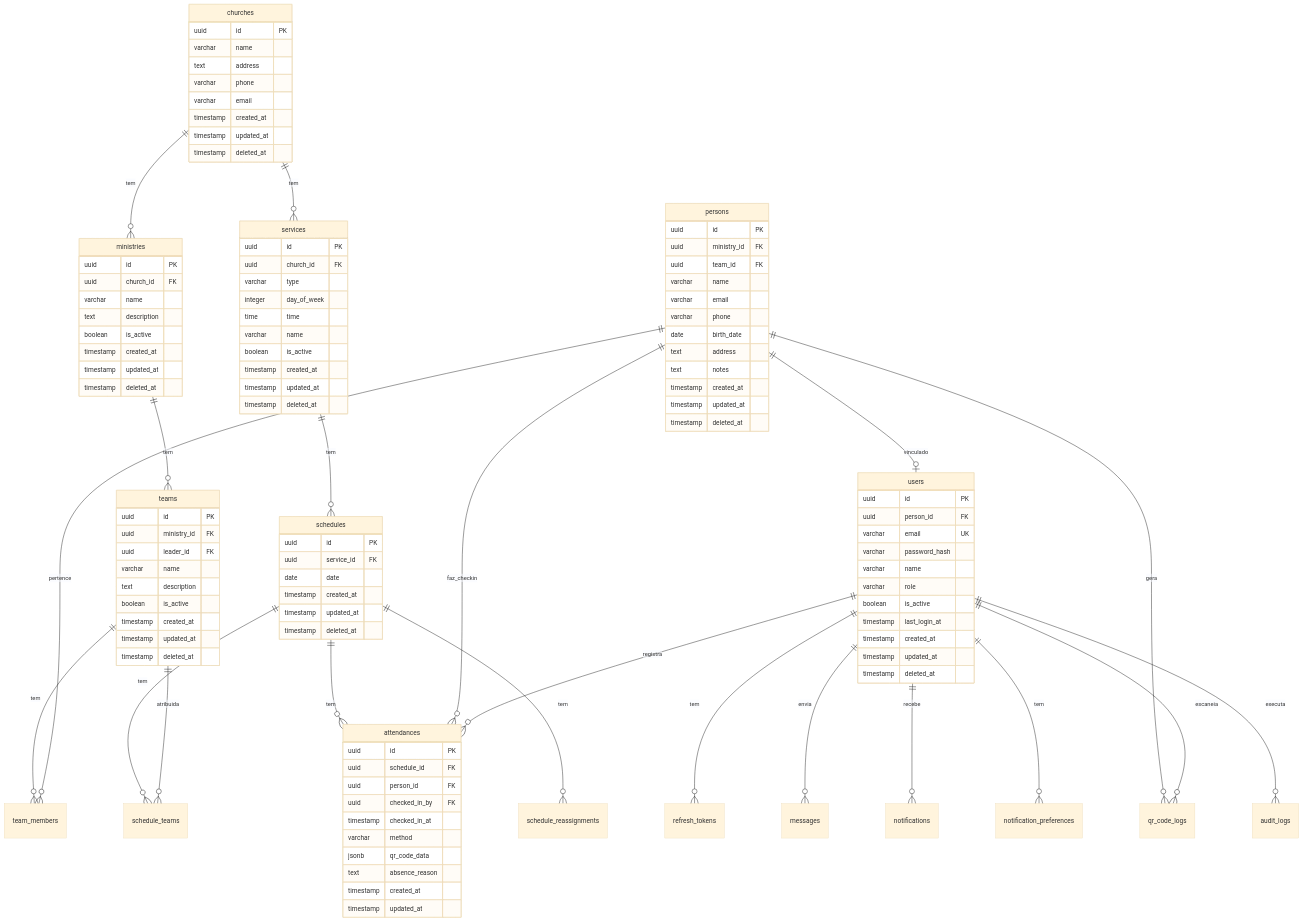
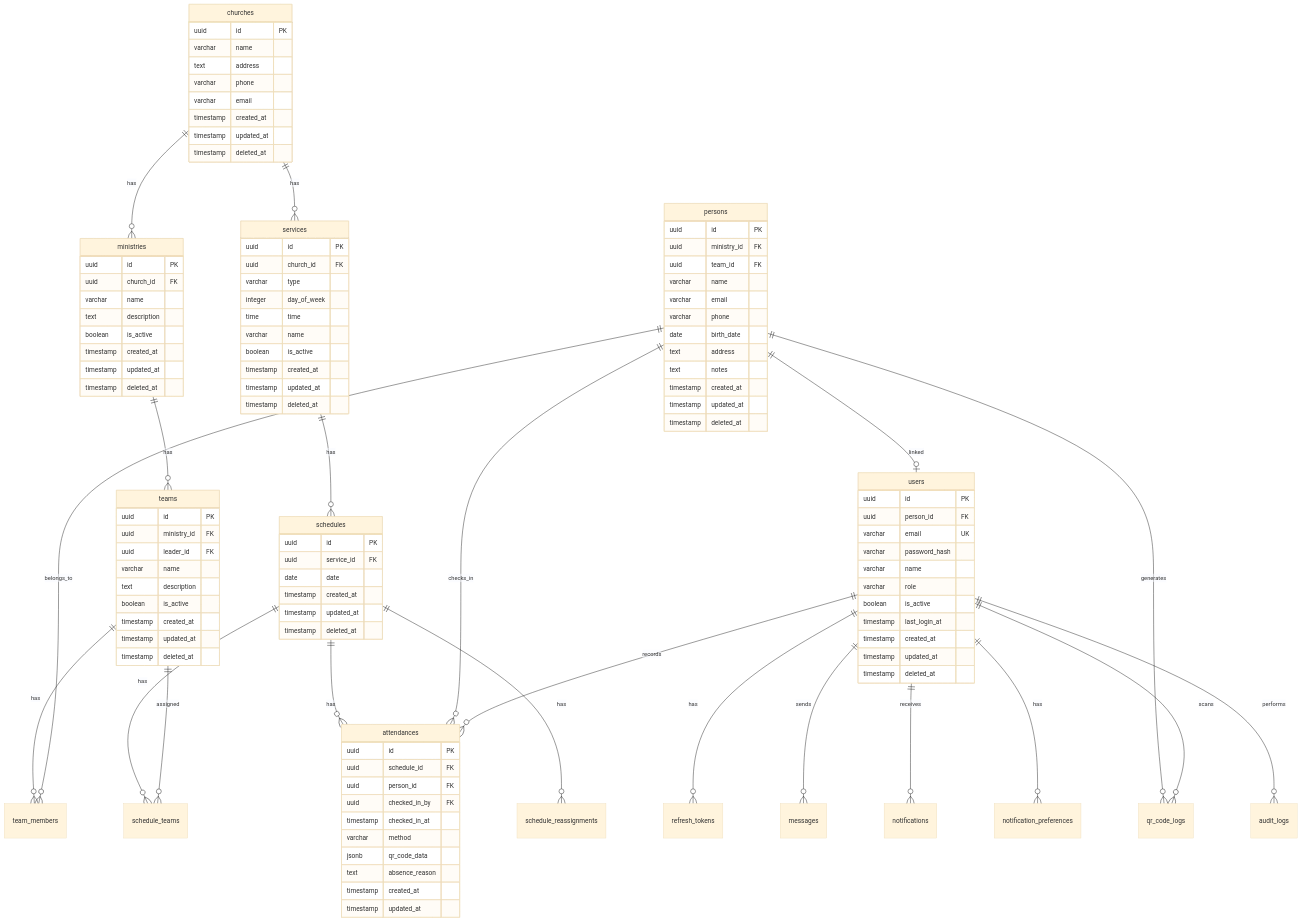
Before and after one commit to rafaeljfec2/connexto-minc-hub: the diagram in docs/DATABASE_SCHEMA.md, drawn with Mermaid (base theme). The commit also changed other lines of this file and 74 other files, not shown here.

````diff
--- a/docs/DATABASE_SCHEMA.md
+++ b/docs/DATABASE_SCHEMA.md
@@ -15,25 +15,25 @@
 ```mermaid
 erDiagram
-    churches ||--o{ ministries : "tem"
-    ministries ||--o{ teams : "tem"
-    teams ||--o{ team_members : "tem"
-    persons ||--o{ team_members : "pertence"
-    persons ||--o| users : "vinculado"
-    churches ||--o{ services : "tem"
-    services ||--o{ schedules : "tem"
-    schedules ||--o{ schedule_teams : "tem"
-    teams ||--o{ schedule_teams : "atribuida"
-    schedules ||--o{ attendances : "tem"
-    persons ||--o{ attendances : "faz_checkin"
-    users ||--o{ attendances : "registra"
-    schedules ||--o{ schedule_reassignments : "tem"
-    users ||--o{ refresh_tokens : "tem"
-    users ||--o{ messages : "envia"
-    users ||--o{ notifications : "recebe"
-    users ||--o{ notification_preferences : "tem"
-    persons ||--o{ qr_code_logs : "gera"
-    users ||--o{ qr_code_logs : "escaneia"
-    users ||--o{ audit_logs : "executa"
+    churches ||--o{ ministries : "has"
+    ministries ||--o{ teams : "has"
+    teams ||--o{ team_members : "has"
+    persons ||--o{ team_members : "belongs_to"
+    persons ||--o| users : "linked"
+    churches ||--o{ services : "has"
+    services ||--o{ schedules : "has"
+    schedules ||--o{ schedule_teams : "has"
+    teams ||--o{ schedule_teams : "assigned"
+    schedules ||--o{ attendances : "has"
+    persons ||--o{ attendances : "checks_in"
+    users ||--o{ attendances : "records"
+    schedules ||--o{ schedule_reassignments : "has"
+    users ||--o{ refresh_tokens : "has"
+    users ||--o{ messages : "sends"
+    users ||--o{ notifications : "receives"
+    users ||--o{ notification_preferences : "has"
+    persons ||--o{ qr_code_logs : "generates"
+    users ||--o{ qr_code_logs : "scans"
+    users ||--o{ audit_logs : "performs"
 
     churches {
         uuid id PK
````
